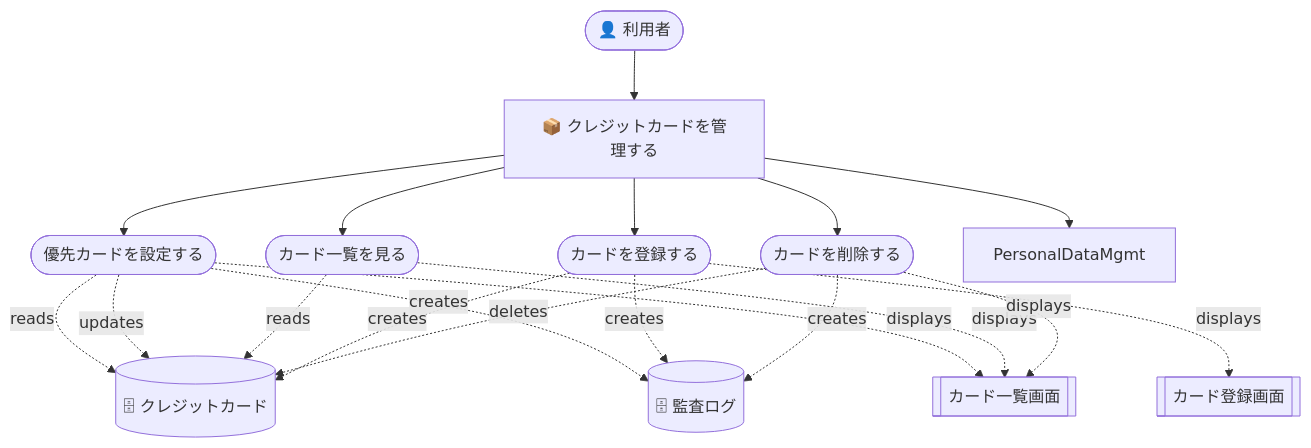
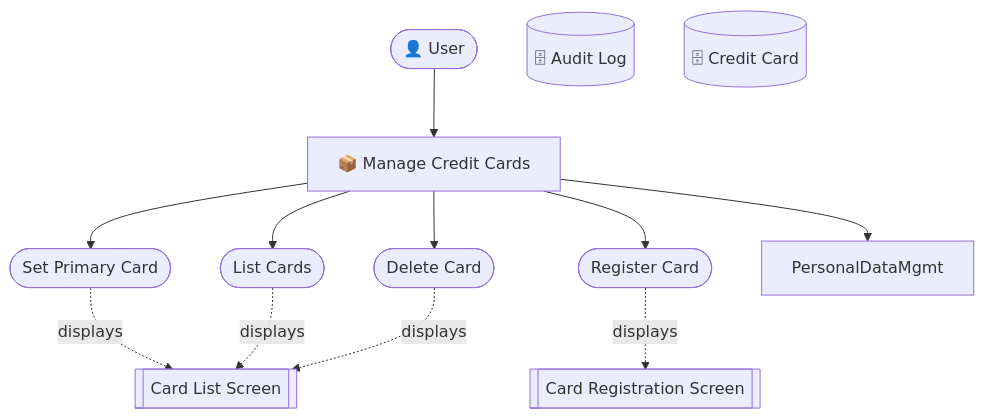
The diagram in samples/personal-info/out/rdra_buc_buccard.mmd (manji-0/rdra-ish-dsl), drawn with Mermaid before and after one commit. The commit also changed 97 other files, not shown here.

```diff
--- a/samples/personal-info/out/rdra_buc_buccard.mmd
+++ b/samples/personal-info/out/rdra_buc_buccard.mmd
@@ -1,29 +1,21 @@
 graph TD
-  User(["👤 利用者"])
-  DeleteCard(["カードを削除する"])
-  ListCards(["カード一覧を見る"])
-  RegisterCard(["カードを登録する"])
-  SetPrimaryCard(["優先カードを設定する"])
-  BucCard["📦 クレジットカードを管理する"]
-  AuditLog[("🗄 監査ログ")]
-  CreditCard[("🗄 クレジットカード")]
-  CardAddScreen[["カード登録画面"]]
-  CardListScreen[["カード一覧画面"]]
+  User(["👤 User"])
+  DeleteCard(["Delete Card"])
+  ListCards(["List Cards"])
+  RegisterCard(["Register Card"])
+  SetPrimaryCard(["Set Primary Card"])
+  BucCard["📦 Manage Credit Cards"]
+  AuditLog[("🗄 Audit Log")]
+  CreditCard[("🗄 Credit Card")]
+  CardAddScreen[["Card Registration Screen"]]
+  CardListScreen[["Card List Screen"]]
   User --> BucCard
   BucCard --> PersonalDataMgmt
   BucCard --> SetPrimaryCard
   BucCard --> ListCards
   BucCard --> RegisterCard
   BucCard --> DeleteCard
-  SetPrimaryCard -.->|reads| CreditCard
-  SetPrimaryCard -.->|updates| CreditCard
-  SetPrimaryCard -.->|creates| AuditLog
   SetPrimaryCard -.->|displays| CardListScreen
-  ListCards -.->|reads| CreditCard
   ListCards -.->|displays| CardListScreen
-  RegisterCard -.->|creates| CreditCard
-  RegisterCard -.->|creates| AuditLog
   RegisterCard -.->|displays| CardAddScreen
-  DeleteCard -.->|deletes| CreditCard
-  DeleteCard -.->|creates| AuditLog
   DeleteCard -.->|displays| CardListScreen
```
